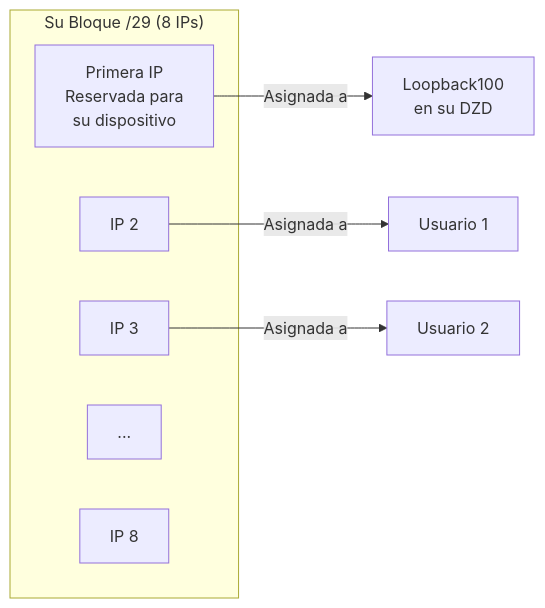
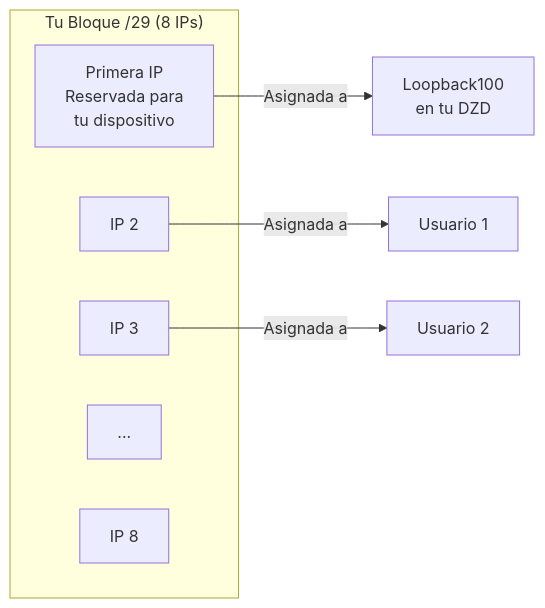
One commit to malbeclabs/docs changed the second of 13 diagrams in docs/contribute-provisioning.es.md. Above: the diagram before and after it, drawn with Mermaid. The commit also changed other lines of this file and 160 other files, not shown here.

````diff
--- a/docs/contribute-provisioning.es.md
+++ b/docs/contribute-provisioning.es.md
@@ -82,14 +122,14 @@
 ```mermaid
 flowchart LR
-    subgraph "Su Bloque /29 (8 IPs)"
-        IP1["Primera IP<br/>Reservada para<br/>su dispositivo"]
+    subgraph "Tu Bloque /29 (8 IPs)"
+        IP1["Primera IP<br/>Reservada para<br/>tu dispositivo"]
         IP2["IP 2"]
         IP3["IP 3"]
         IP4["..."]
         IP8["IP 8"]
     end
 
-    IP1 -->|Asignada a| LO[Loopback100<br/>en su DZD]
+    IP1 -->|Asignada a| LO[Loopback100<br/>en tu DZD]
     IP2 -->|Asignada a| U1[Usuario 1]
     IP3 -->|Asignada a| U2[Usuario 2]
 ```
````
